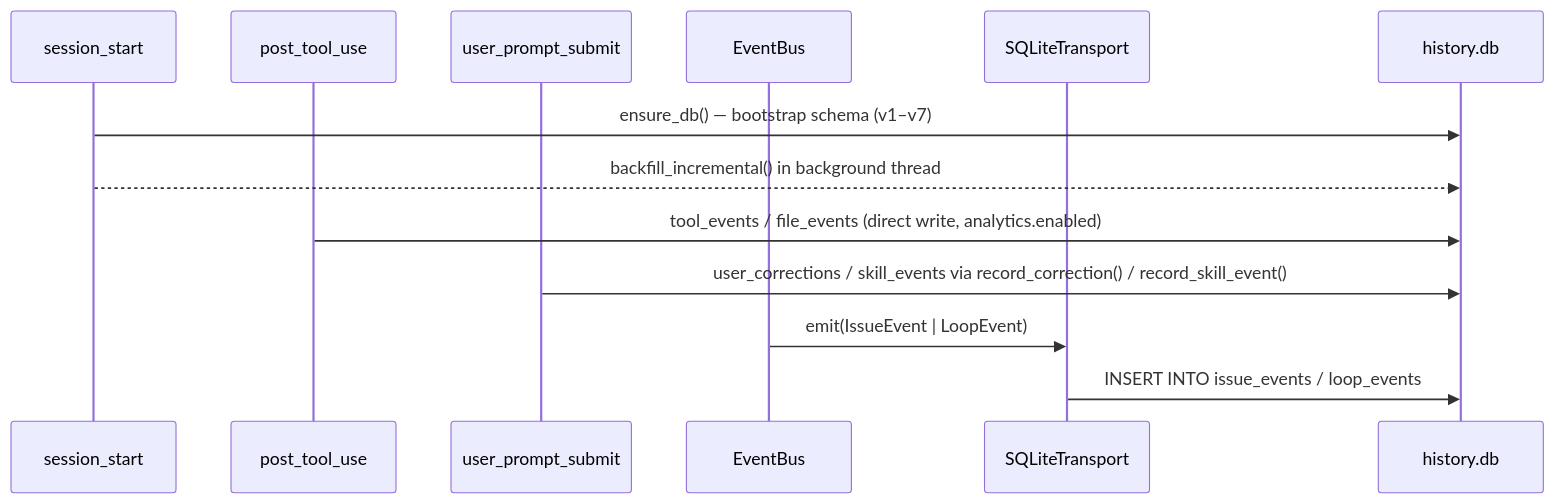
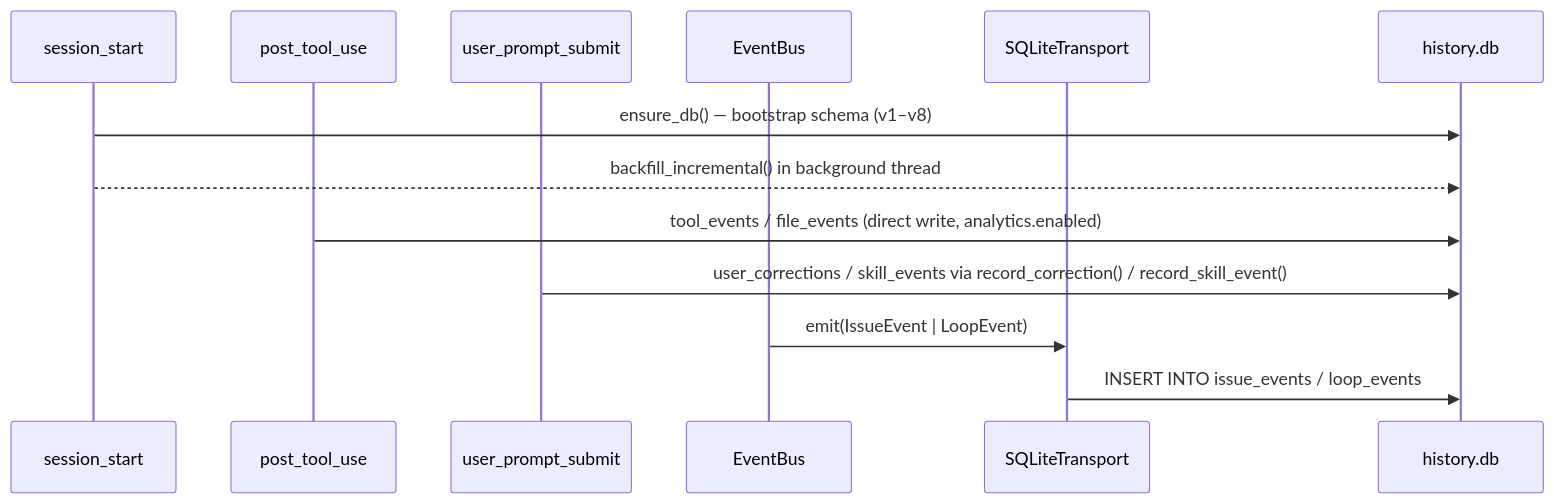
Before and after one commit to BrennonTWilliams/little-loops: the fifth of 16 diagrams in docs/ARCHITECTURE.md, drawn with Mermaid. The commit also changed other lines of this file and 7 other files, not shown here.

````diff
--- a/docs/ARCHITECTURE.md
+++ b/docs/ARCHITECTURE.md
@@ -583,16 +584,16 @@
 ```mermaid
 sequenceDiagram
     participant SS as session_start
     participant PTU as post_tool_use
     participant UPS as user_prompt_submit
     participant EB as EventBus
     participant ST as SQLiteTransport
     participant DB as history.db
 
-    SS->>DB: ensure_db() — bootstrap schema (v1–v7)
+    SS->>DB: ensure_db() — bootstrap schema (v1–v8)
     SS-->>DB: backfill_incremental() in background thread
     PTU->>DB: tool_events / file_events (direct write, analytics.enabled)
     UPS->>DB: user_corrections / skill_events via record_correction() / record_skill_event()
     EB->>ST: emit(IssueEvent | LoopEvent)
     ST->>DB: INSERT INTO issue_events / loop_events
 ```
````
